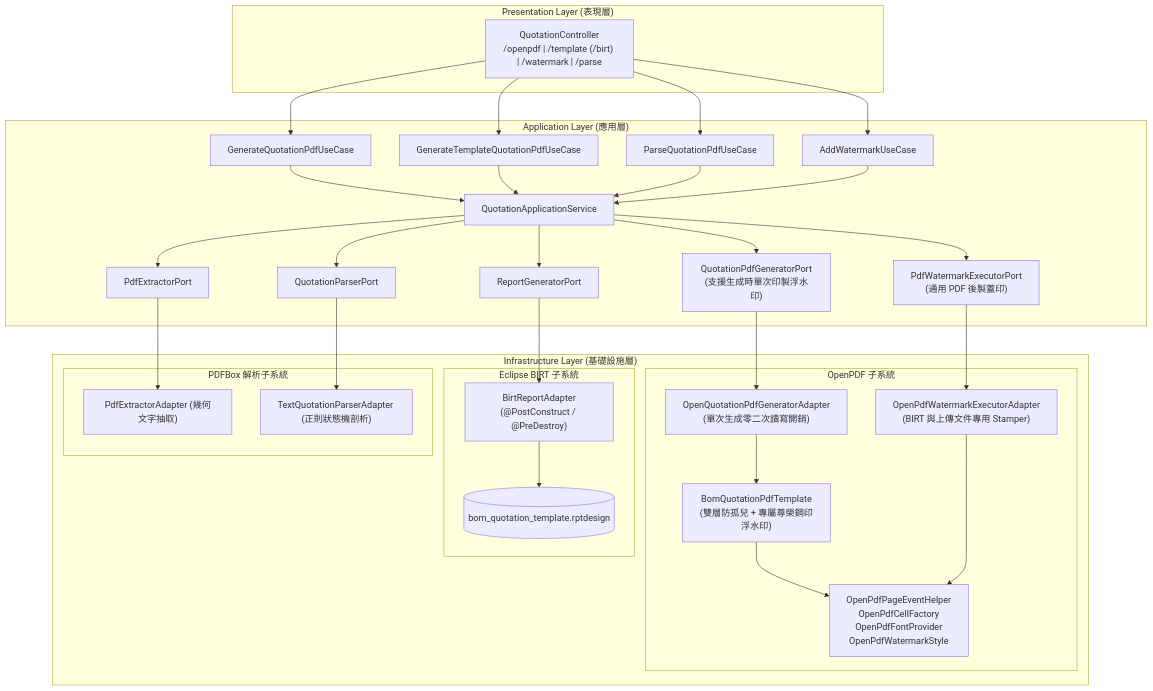
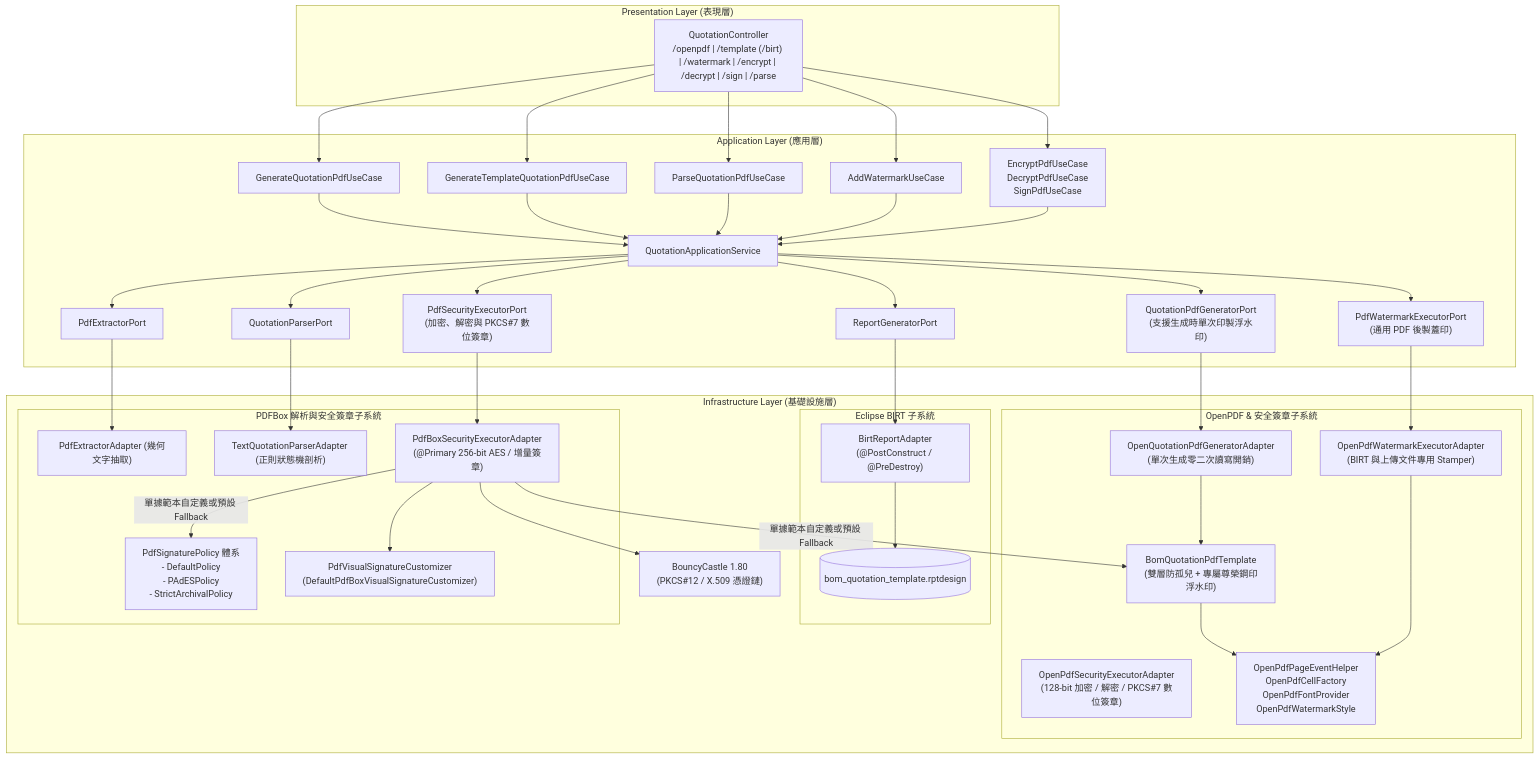
One commit to nick54785478/pdf-module changed the diagram in doc/design/README.md. Above: the diagram before and after it, drawn with Mermaid. The commit also changed other lines of this file and 42 other files, not shown here.

Commit message:
feat(security): adopt PDFBox 3.x security & digital signature, externalize font properties, and add comprehensive guides & test scenarios

````diff
--- a/doc/design/README.md
+++ b/doc/design/README.md
@@ -47,47 +49,58 @@
 ```mermaid
 flowchart TD
     subgraph Presentation ["Presentation Layer (表現層)"]
-        Controller["QuotationController<br/>/openpdf | /template (/birt) | /watermark | /parse"]
+        Controller["QuotationController<br/>/openpdf | /template (/birt) | /watermark | /encrypt | /decrypt | /sign | /parse"]
     end
 
     subgraph Application ["Application Layer (應用層)"]
         InPort1["GenerateQuotationPdfUseCase"]
         InPort2["GenerateTemplateQuotationPdfUseCase"]
         InPort3["ParseQuotationPdfUseCase"]
         InPort4["AddWatermarkUseCase"]
+        InPort5["EncryptPdfUseCase<br/>DecryptPdfUseCase<br/>SignPdfUseCase"]
         AppService["QuotationApplicationService"]
         OutPort1["QuotationPdfGeneratorPort<br/>(支援生成時單次印製浮水印)"]
         OutPort2["ReportGeneratorPort"]
         OutPort3["PdfExtractorPort"]
         OutPort4["QuotationParserPort"]
         OutPort5["PdfWatermarkExecutorPort<br/>(通用 PDF 後製蓋印)"]
+        OutPort6["PdfSecurityExecutorPort<br/>(加密、解密與 PKCS#7 數位簽章)"]
     end
 
     subgraph Infrastructure ["Infrastructure Layer (基礎設施層)"]
-        subgraph OpenPDF_Subsystem ["OpenPDF 子系統"]
+        subgraph OpenPDF_Subsystem ["OpenPDF & 安全簽章子系統"]
             Adapter1["OpenQuotationPdfGeneratorAdapter<br/>(單次生成零二次讀寫開銷)"]
             Adapter5["OpenPdfWatermarkExecutorAdapter<br/>(BIRT 與上傳文件專用 Stamper)"]
+            Adapter6["OpenPdfSecurityExecutorAdapter<br/>(128-bit 加密 / 解密 / PKCS#7 數位簽章)"]
             Template1["BomQuotationPdfTemplate<br/>(雙層防孤兒 + 專屬尊榮鋼印浮水印)"]
             Core1["OpenPdfPageEventHelper<br/>OpenPdfCellFactory<br/>OpenPdfFontProvider<br/>OpenPdfWatermarkStyle"]
         end
 
         subgraph BIRT_Subsystem ["Eclipse BIRT 子系統"]
             Adapter2["BirtReportAdapter<br/>(@PostConstruct / @PreDestroy)"]
             RptFile[("bom_quotation_template.rptdesign")]
         end
 
-        subgraph PDFBox_Subsystem ["PDFBox 解析子系統"]
+        subgraph PDFBox_Subsystem ["PDFBox 解析與安全簽章子系統"]
             Adapter3["PdfExtractorAdapter (幾何文字抽取)"]
             Adapter4["TextQuotationParserAdapter (正則狀態機剖析)"]
+            AdapterBox["PdfBoxSecurityExecutorAdapter<br/>(@Primary 256-bit AES / 增量簽章)"]
+            PolicySystem["PdfSignaturePolicy 體系<br/>- DefaultPolicy<br/>- PAdESPolicy<br/>- StrictArchivalPolicy"]
+            VisualCustomizer["PdfVisualSignatureCustomizer<br/>(DefaultPdfBoxVisualSignatureCustomizer)"]
         end
+
+        Crypto["BouncyCastle 1.80<br/>(PKCS#12 / X.509 憑證鏈)"]
     end
 
-    Controller --> InPort1 & InPort2 & InPort3 & InPort4
-    InPort1 & InPort2 & InPort3 & InPort4 --> AppService
-    AppService --> OutPort1 & OutPort2 & OutPort3 & OutPort4 & OutPort5
+    Controller --> InPort1 & InPort2 & InPort3 & InPort4 & InPort5
+    InPort1 & InPort2 & InPort3 & InPort4 & InPort5 --> AppService
+    AppService --> OutPort1 & OutPort2 & OutPort3 & OutPort4 & OutPort5 & OutPort6
     OutPort1 --> Adapter1 --> Template1 --> Core1
     OutPort5 --> Adapter5 --> Core1
+    OutPort6 --> AdapterBox
+    AdapterBox -->|單據範本自定義或預設 Fallback| Template1 & PolicySystem
+    AdapterBox --> VisualCustomizer & Crypto
     OutPort2 --> Adapter2 --> RptFile
     OutPort3 --> Adapter3
     OutPort4 --> Adapter4
 ```
````
